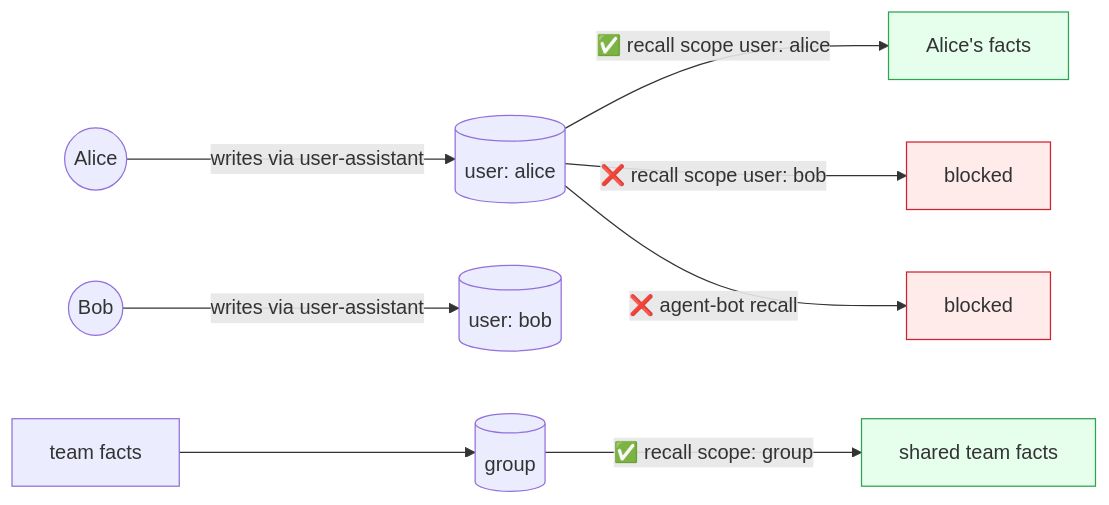
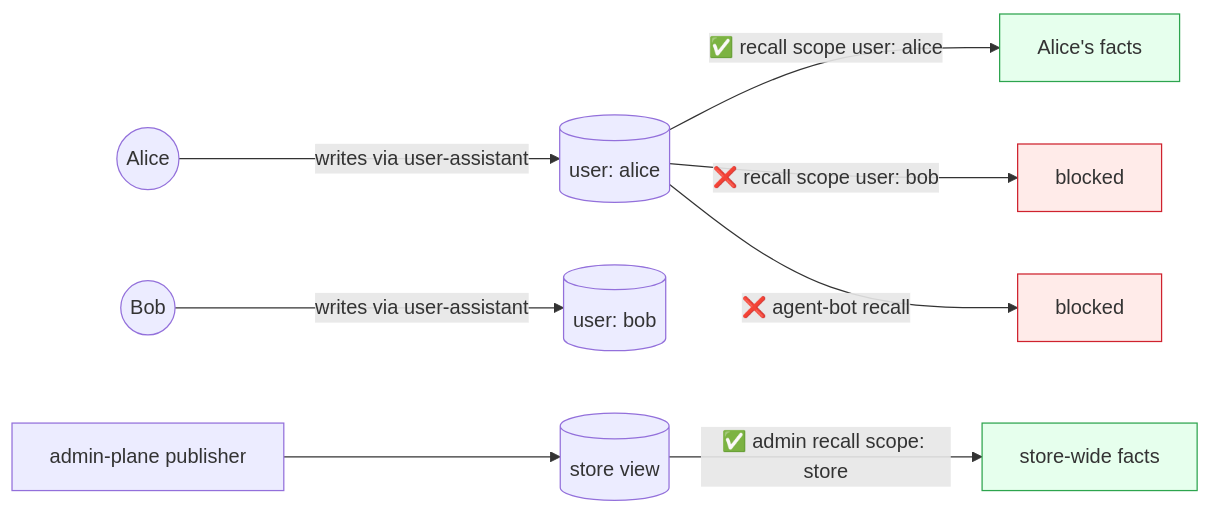
The second of 4 diagrams in memory/blog/BLOGPOST_DRAFT_PART_4.md (axsaucedo/kaos-adrs), drawn with Mermaid before and after one commit. The commit also changed other lines of this file, not shown here.

First line of the commit message:
blog(part4): rework worked example against the merged read-scope model

````diff
--- a/memory/blog/BLOGPOST_DRAFT_PART_4.md
+++ b/memory/blog/BLOGPOST_DRAFT_PART_4.md
@@ -48,16 +50,16 @@
 ```mermaid
 graph LR
   alice(("Alice")) -->|"writes via user-assistant"| UA[("user: alice")]
   bob(("Bob")) -->|"writes via user-assistant"| UB[("user: bob")]
-  team["team facts"] --> G[("group")]
+  admin["admin-plane publisher"] --> S[("store view")]
 
   UA -->|"✅ recall scope user: alice"| ok1["Alice's facts"]
   UA -->|"❌ recall scope user: bob"| deny1["blocked"]
-  G  -->|"✅ recall scope: group"| ok2["shared team facts"]
+  S  -->|"✅ admin recall scope: store"| ok2["store-wide facts"]
   UA -->|"❌ agent-bot recall"| deny2["blocked"]
 
   classDef allow fill:#e6ffed,stroke:#2da44e;
   classDef deny fill:#ffebe9,stroke:#cf222e;
   class ok1,ok2 allow;
   class deny1,deny2 deny;
 ```
````
